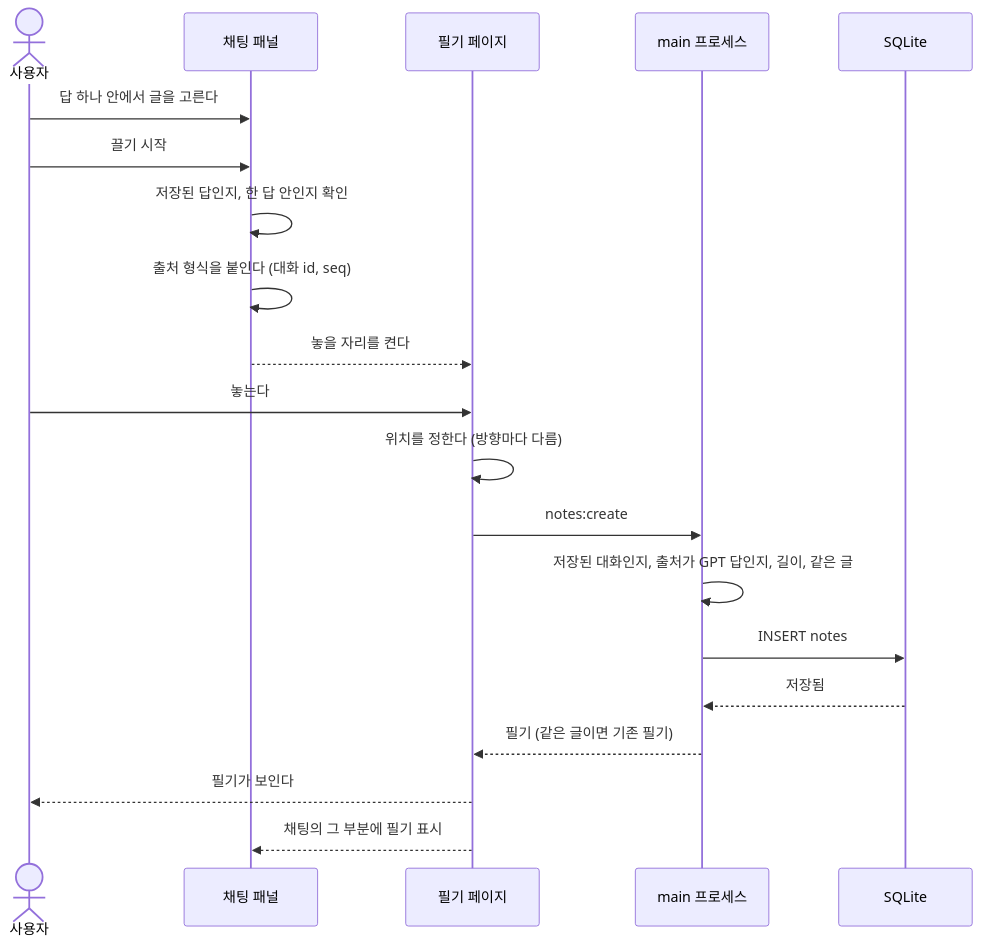
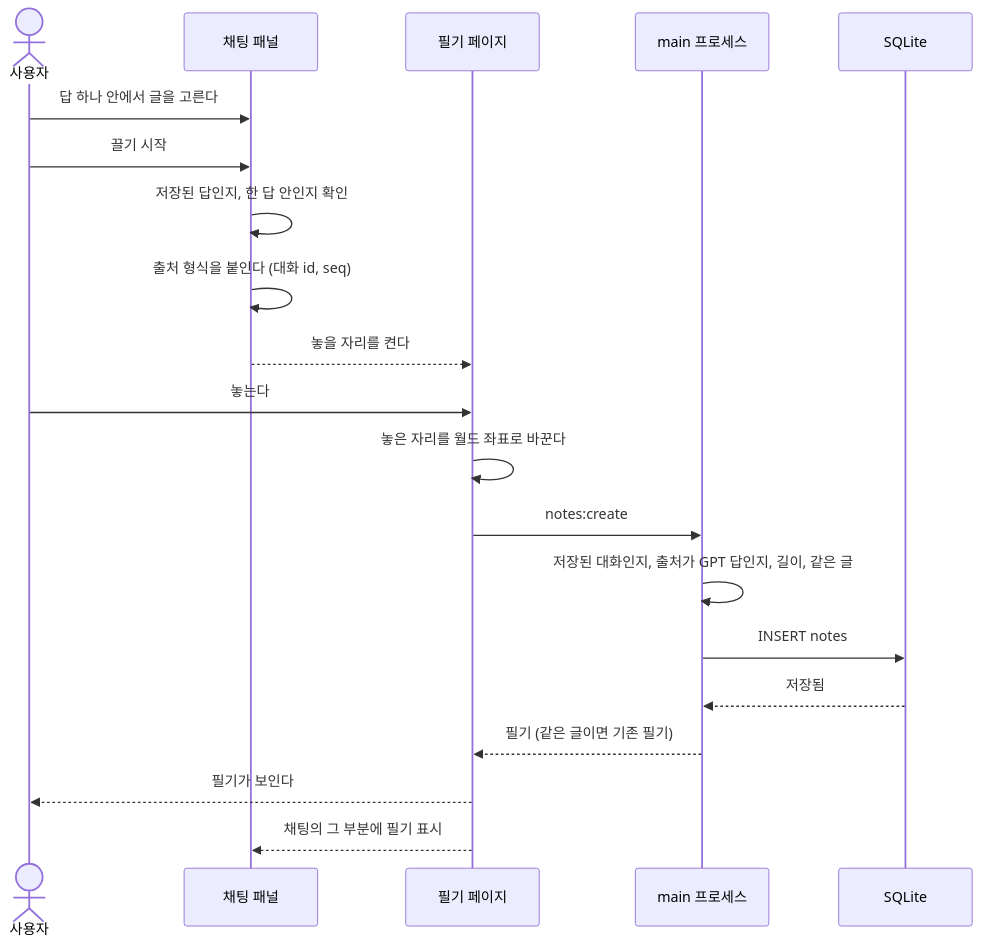
The third of 8 diagrams in docs/plans/2026-10-30-overnight-desktop/flow-v2.md (IBORY-PURPLE/Experii), drawn with Mermaid before and after one commit. The commit also changed other lines of this file, not shown here.

First line of the commit message:
Narrow the use flow to draft A and align next study with the research

````diff
--- a/docs/plans/2026-10-30-overnight-desktop/flow-v2.md
+++ b/docs/plans/2026-10-30-overnight-desktop/flow-v2.md
@@ -256,22 +297,22 @@
 ```mermaid
 sequenceDiagram
     actor U as 사용자
     participant C as 채팅 패널
     participant P as 필기 페이지
     participant M as main 프로세스
     participant D as SQLite
     U->>C: 답 하나 안에서 글을 고른다
     U->>C: 끌기 시작
     C->>C: 저장된 답인지, 한 답 안인지 확인
     C->>C: 출처 형식을 붙인다 (대화 id, seq)
     C-->>P: 놓을 자리를 켠다
     U->>P: 놓는다
-    P->>P: 위치를 정한다 (방향마다 다름)
+    P->>P: 놓은 자리를 월드 좌표로 바꾼다
     P->>M: notes:create
     M->>M: 저장된 대화인지, 출처가 GPT 답인지, 길이, 같은 글
     M->>D: INSERT notes
     D-->>M: 저장됨
     M-->>P: 필기 (같은 글이면 기존 필기)
     P-->>U: 필기가 보인다
     P-->>C: 채팅의 그 부분에 필기 표시
 ```
````
